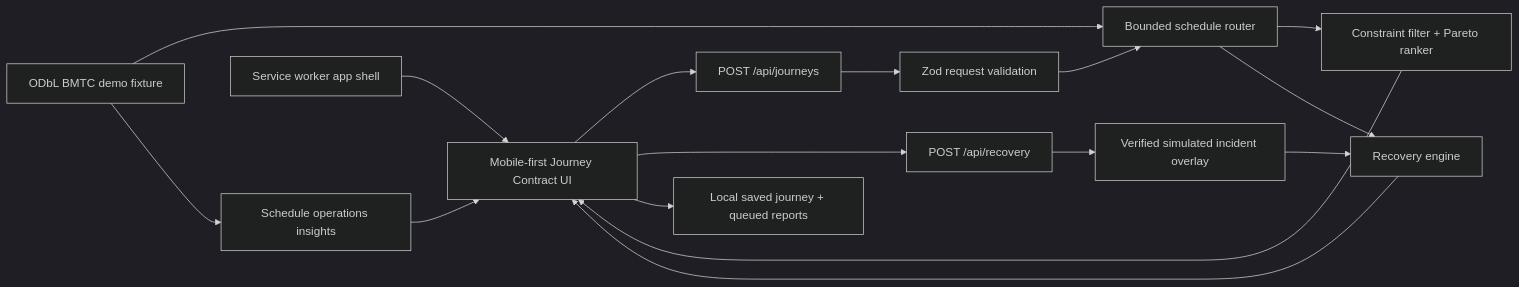
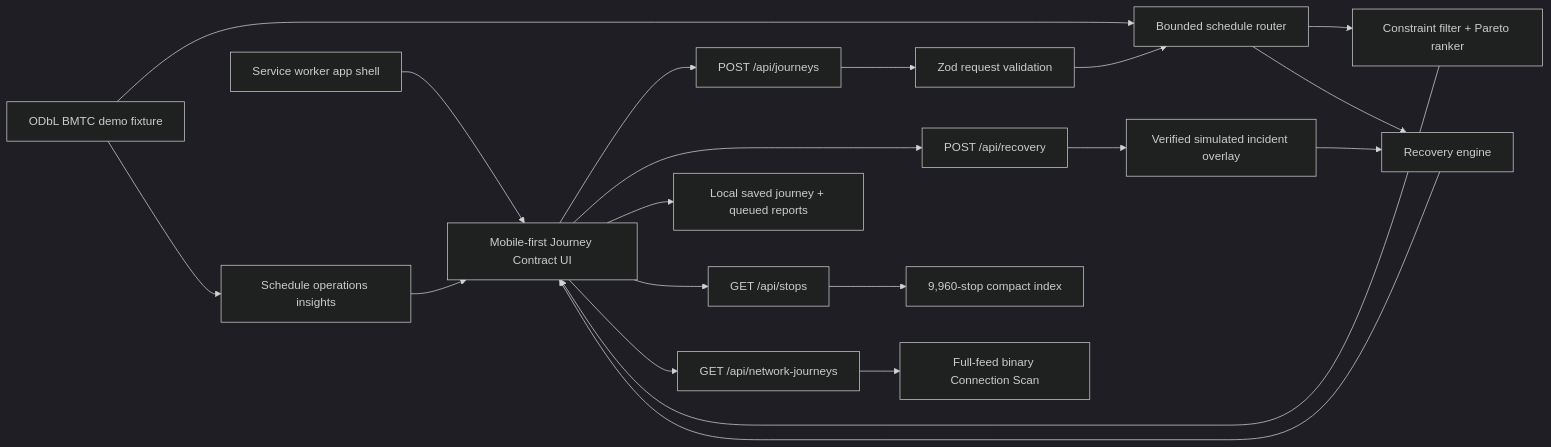
The diagram in docs/ARCHITECTURE.md (DSGAMING98/NammaLink), drawn with Mermaid (dark theme) before and after one commit. The commit also changed other lines of this file and 13 other files, not shown here.

Commit message:
feat: add full-network schedule routing

````diff
--- a/docs/ARCHITECTURE.md
+++ b/docs/ARCHITECTURE.md
@@ -9,18 +9,22 @@
 ```mermaid
 flowchart LR
     UI["Mobile-first Journey Contract UI"] --> JA["POST /api/journeys"]
     UI --> RA["POST /api/recovery"]
     JA --> V["Zod request validation"]
     V --> R["Bounded schedule router"]
     GTFS["ODbL BMTC demo fixture"] --> R
     R --> P["Constraint filter + Pareto ranker"]
     P --> UI
     RA --> I["Verified simulated incident overlay"]
     I --> RE["Recovery engine"]
     R --> RE
     RE --> UI
     GTFS --> O["Schedule operations insights"]
     O --> UI
     UI --> LS["Local saved journey + queued reports"]
     SW["Service worker app shell"] --> UI
+    UI --> SA["GET /api/stops"]
+    SA --> SI["9,960-stop compact index"]
+    UI --> NA["GET /api/network-journeys"]
+    NA --> CSA["Full-feed binary Connection Scan"]
 ```
````
